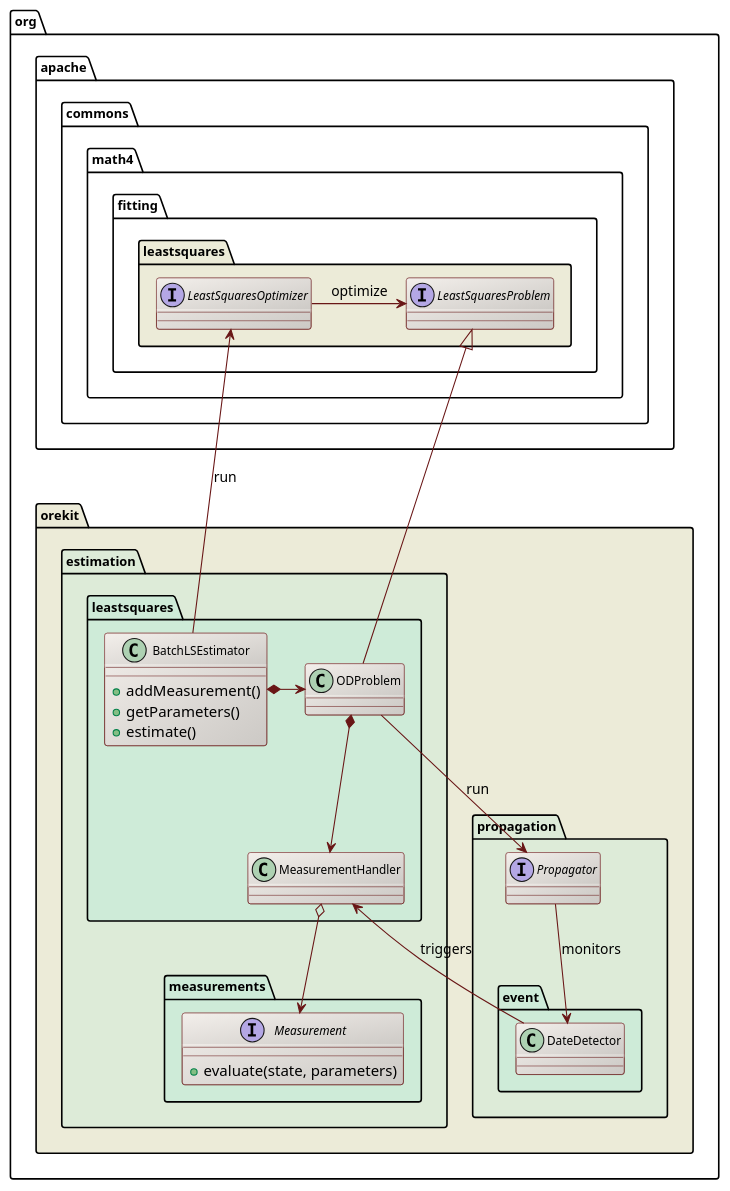
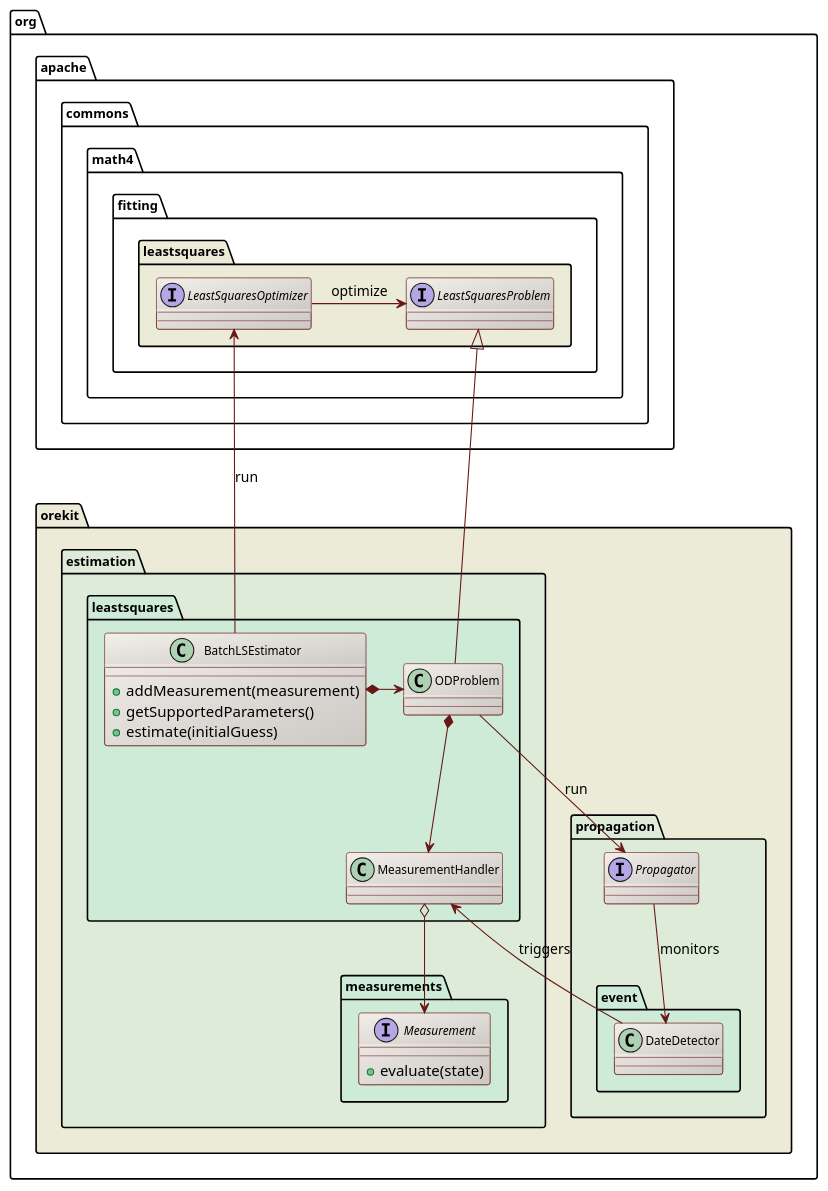
Before and after one commit to CS-SI/Orekit: the diagram in src/design/orbit-determination-overview-class-diagram.puml, drawn with PlantUML. The commit also changed 10 other files, not shown here.

```diff
--- a/src/design/orbit-determination-overview-class-diagram.puml
+++ b/src/design/orbit-determination-overview-class-diagram.puml
@@ -17,61 +17,61 @@
 @startuml
 
   skinparam svek                  true
   skinparam ClassBackgroundColor  #F3EFEB/CCC9C5
   skinparam ClassArrowColor       #691616
   skinparam ClassBorderColor      #691616
   skinparam NoteBackgroundColor   #F3EFEB
   skinparam NoteBorderColor       #691616
   skinparam NoteFontColor         #691616
   skinparam ClassFontSize         11
   skinparam PackageFontSize       12
 
   package org.apache.commons.math4.fitting.leastsquares #ECEBD8 {
 
           interface LeastSquaresOptimizer
           interface LeastSquaresProblem
           LeastSquaresOptimizer -right-> LeastSquaresProblem  : optimize
 
   }
 
   package org.orekit #ECEBD8 {
 
     package propagation #DDEBD8 {
         interface Propagator
         package event #CEEBD8 {
             Propagator --> DateDetector : monitors
         }
     }
 
     package estimation #DDEBD8 {
 
         package leastsquares #CEEBD8 {
 
            class BatchLSEstimator {
-              +addMeasurement()
-              +getParameters()
-              +estimate()
+              +addMeasurement(measurement)
+              +getSupportedParameters()
+              +estimate(initialGuess)
            }
            class ODProblem
            class MeasurementHandler
 
             ODProblem *--> MeasurementHandler
             ODProblem --> Propagator : run
             MeasurementHandler <-- DateDetector : triggers
 
           BatchLSEstimator *-right-> ODProblem
           LeastSquaresProblem <|-- ODProblem
           LeastSquaresOptimizer  <-- BatchLSEstimator : run
         }
 
         package measurements #CEEBD8 {
             interface Measurement {
-              +evaluate(state, parameters)
+              +evaluate(state)
             }
             MeasurementHandler o--> Measurement
         }
     }
 
   }
 
 @enduml
```
